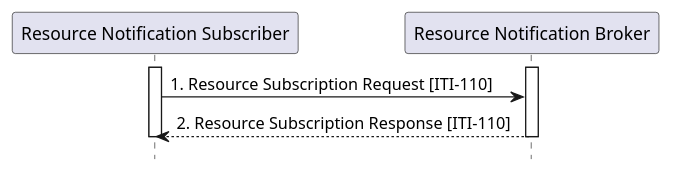
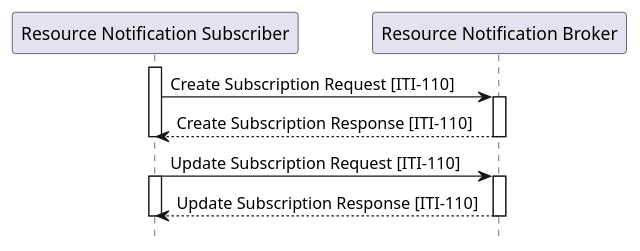
Before and after one commit to IHE/ITI.DSUBm: the diagram in input/images-source/ITI-110-seq.plantuml, drawn with PlantUML. The commit also changed 3 other files, not shown here.

```diff
--- a/input/images-source/ITI-110-seq.plantuml
+++ b/input/images-source/ITI-110-seq.plantuml
@@ -1,31 +1,31 @@
 @startuml
 hide footbox
 participant "Resource Notification Subscriber" as  Subscriber
 participant "Resource Notification Broker" as  Broker
-
-
-
 activate Subscriber
+Subscriber -> Broker : Create Subscription Request [ITI-110]
 activate Broker
-Subscriber -> Broker : 1. Resource Subscription Request [ITI-110]
-
 /'
 participant "Resource Notification Recipient" as  Recipient
 opt handskake HTTPS   
   Broker -> Recipient: Handshake Notification
   alt Handshake Success
   Recipient -> Broker: 200 OK 
   else Handshake Failure
   Recipient ->Broker: 404 Not Found
   end
 end
 '/
-
-Broker --> Subscriber : 2. Resource Subscription Response [ITI-110]
-
+Broker --> Subscriber :Create Subscription Response [ITI-110]
 deactivate Broker
 deactivate Subscriber
 
 
+Subscriber -> Broker: Update Subscription Request [ITI-110]
+activate Subscriber
+activate Broker
+Broker --> Subscriber: Update Subscription Response [ITI-110]
+deactivate Broker
+deactivate Subscriber
 
 @enduml
```
